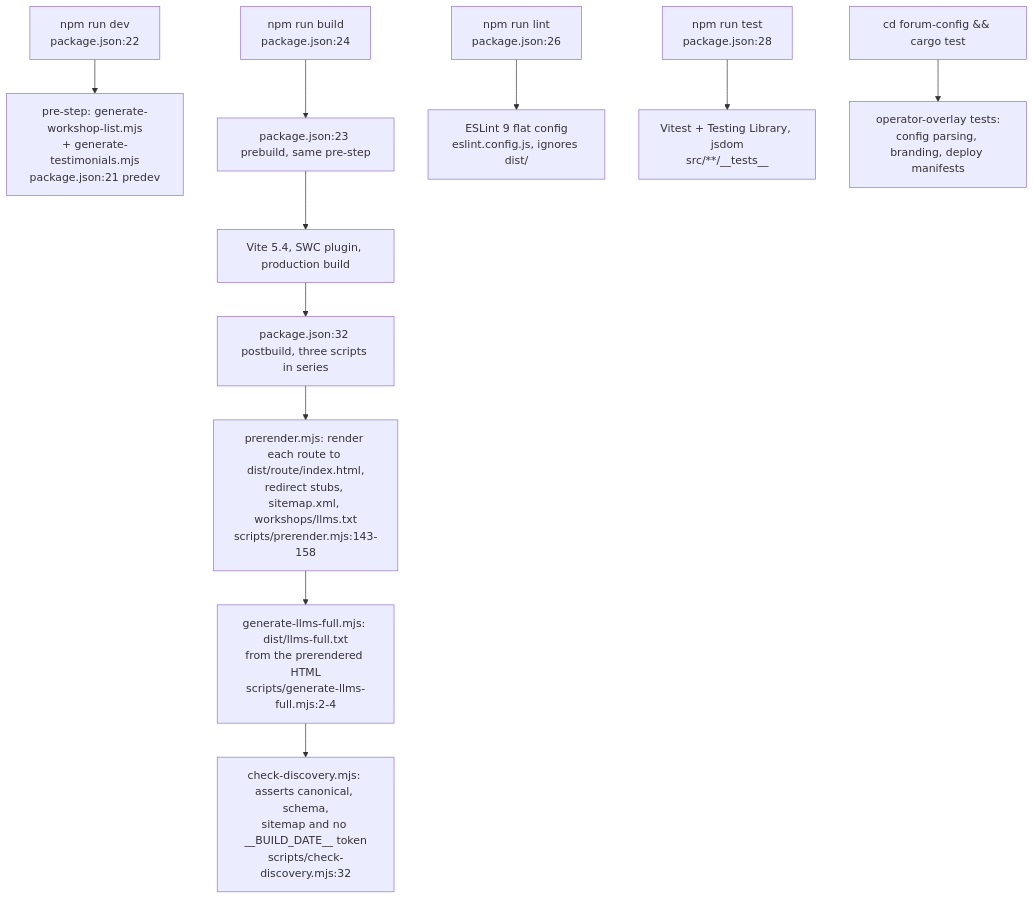
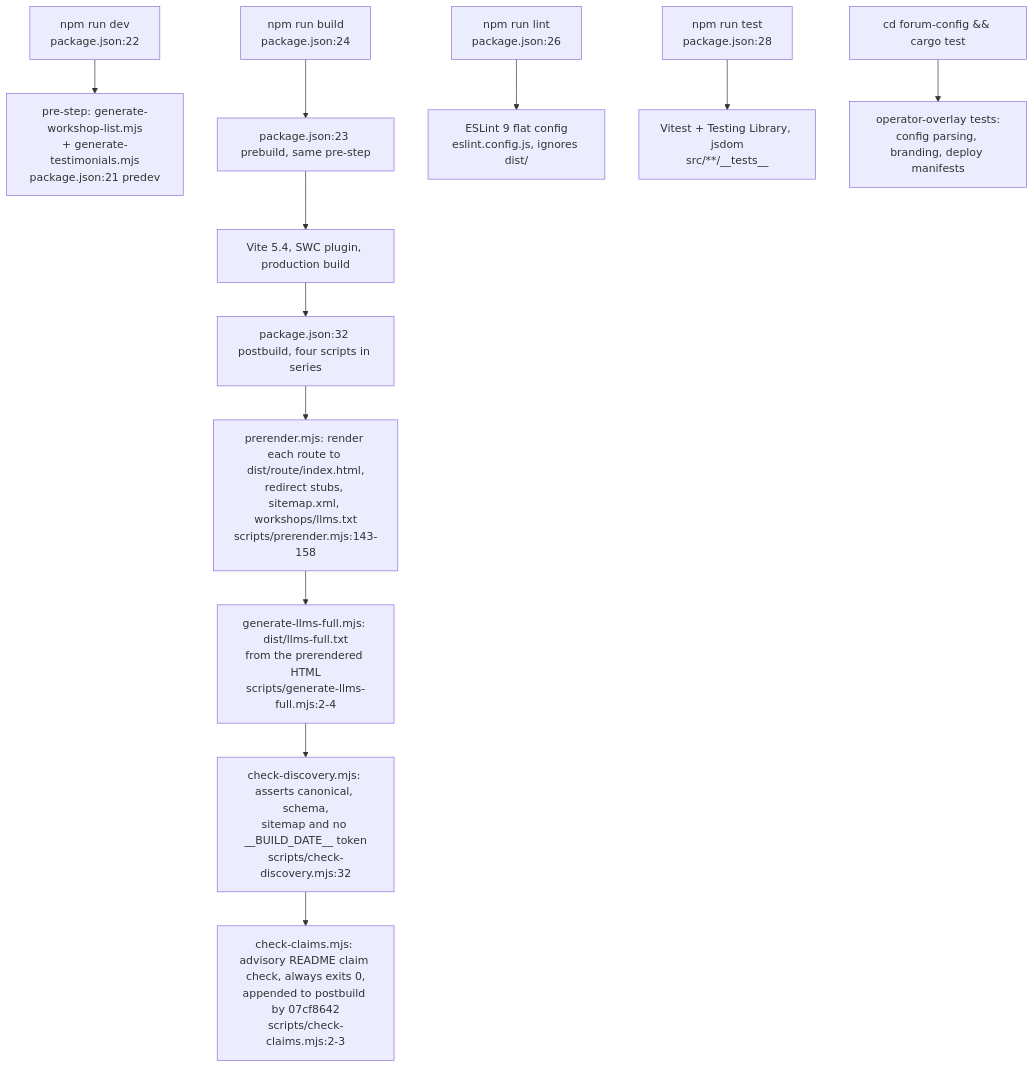
One commit to DreamLab-AI/VisionFlow changed the second of 5 diagrams in docs/diagrams/dreamlab-ai-website/02-site-build-and-pages-deploy.md. Above: the diagram before and after it, drawn with Mermaid. The commit also changed other lines of this file and 145 other files, not shown here.

````diff
--- a/docs/diagrams/dreamlab-ai-website/02-site-build-and-pages-deploy.md
+++ b/docs/diagrams/dreamlab-ai-website/02-site-build-and-pages-deploy.md
@@ -50,13 +51,14 @@
 ```mermaid
 flowchart TB
     DEV["npm run dev<br/>package.json:22"] --> PRE1["pre-step: generate-workshop-list.mjs<br/>+ generate-testimonials.mjs<br/>package.json:21 predev"]
     BUILD["npm run build<br/>package.json:24"] --> PRE1B["package.json:23 prebuild, same pre-step"]
     PRE1B --> VITE["Vite 5.4, SWC plugin, production build"]
-    VITE --> POST["package.json:32 postbuild, three scripts in series"]
+    VITE --> POST["package.json:32 postbuild, four scripts in series"]
     POST --> PRER["prerender.mjs: render each route to dist/route/index.html,<br/>redirect stubs, sitemap.xml, workshops/llms.txt<br/>scripts/prerender.mjs:143-158"]
     PRER --> LLMS["generate-llms-full.mjs: dist/llms-full.txt<br/>from the prerendered HTML<br/>scripts/generate-llms-full.mjs:2-4"]
     LLMS --> DISC["check-discovery.mjs: asserts canonical, schema,<br/>sitemap and no __BUILD_DATE__ token<br/>scripts/check-discovery.mjs:32"]
+    DISC --> CLM["check-claims.mjs: advisory README claim check, always exits 0,<br/>appended to postbuild by 07cf8642<br/>scripts/check-claims.mjs:2-3"]
     LINT["npm run lint<br/>package.json:26"] --> ESLINT["ESLint 9 flat config<br/>eslint.config.js, ignores dist/"]
     TEST["npm run test<br/>package.json:28"] --> VITEST["Vitest + Testing Library, jsdom<br/>src/**/__tests__"]
     RUSTT["cd forum-config && cargo test"] --> RUSTOVERLAY["operator-overlay tests:<br/>config parsing, branding, deploy manifests"]
 ```
````
